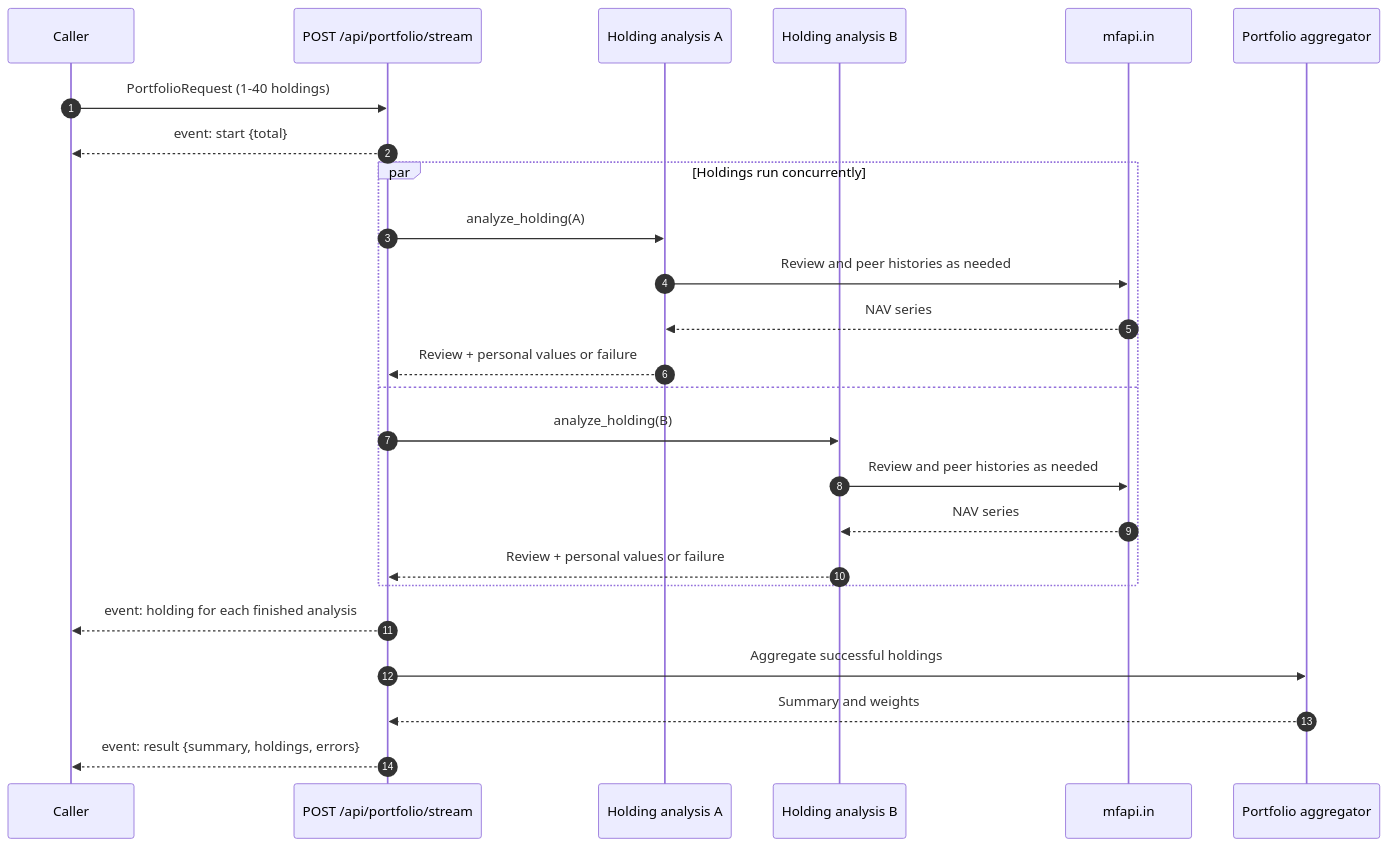
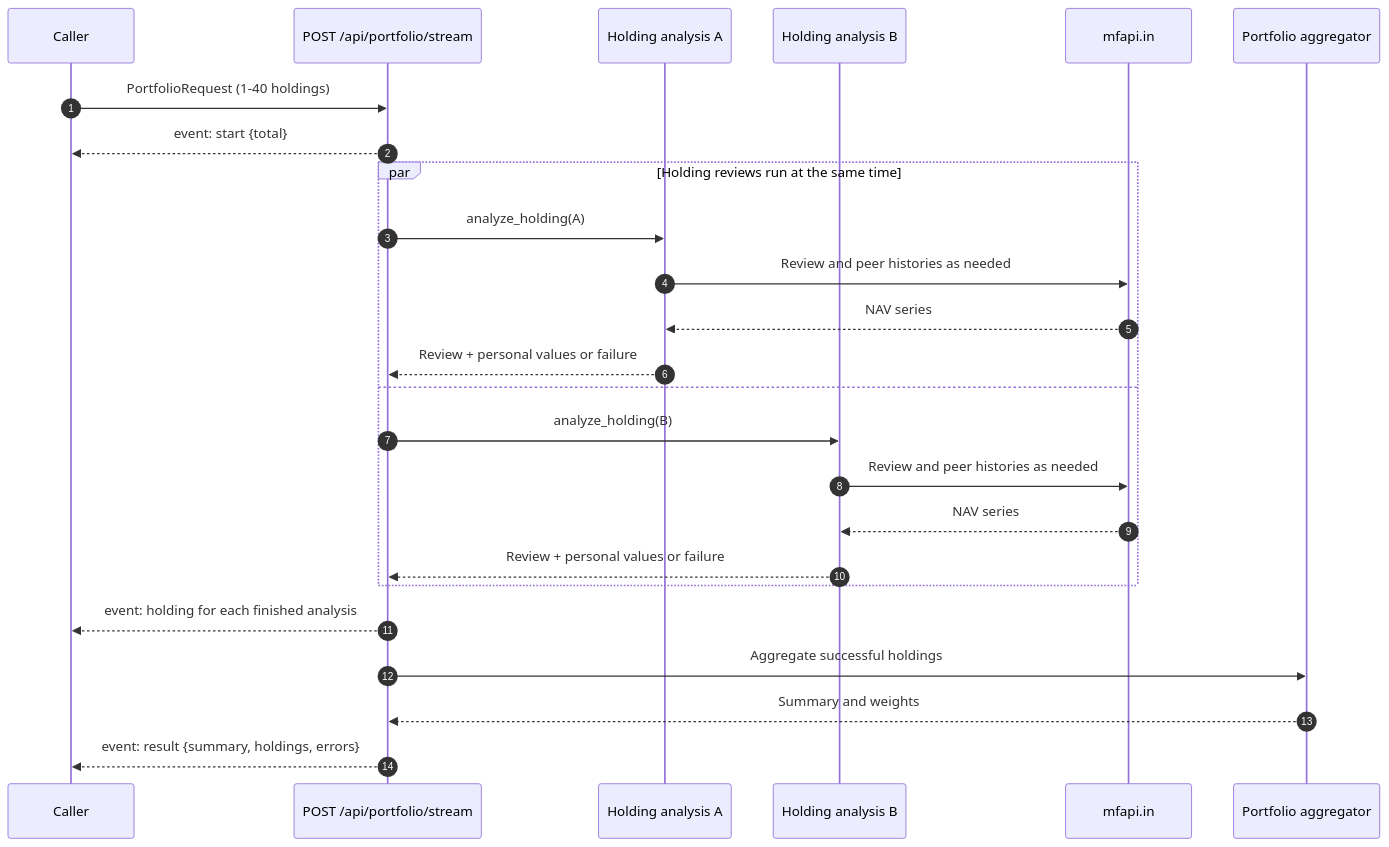
One commit to chamanthmvs/Truthfolio changed the fourth of 6 diagrams in docs/BACKEND.md. Above: the diagram before and after it, drawn with Mermaid. The commit also changed other lines of this file, not shown here.

````diff
--- a/docs/BACKEND.md
+++ b/docs/BACKEND.md
@@ -422,28 +519,28 @@
 ```mermaid
 sequenceDiagram
     autonumber
     participant Caller
     participant Route as POST /api/portfolio/stream
     participant H1 as Holding analysis A
     participant H2 as Holding analysis B
     participant NAV as mfapi.in
     participant Agg as Portfolio aggregator
 
     Caller->>Route: PortfolioRequest (1-40 holdings)
     Route-->>Caller: event: start {total}
-    par Holdings run concurrently
+    par Holding reviews run at the same time
         Route->>H1: analyze_holding(A)
         H1->>NAV: Review and peer histories as needed
         NAV-->>H1: NAV series
         H1-->>Route: Review + personal values or failure
     and
         Route->>H2: analyze_holding(B)
         H2->>NAV: Review and peer histories as needed
         NAV-->>H2: NAV series
         H2-->>Route: Review + personal values or failure
     end
     Route-->>Caller: event: holding for each finished analysis
     Route->>Agg: Aggregate successful holdings
     Agg-->>Route: Summary and weights
     Route-->>Caller: event: result {summary, holdings, errors}
 ```
````
